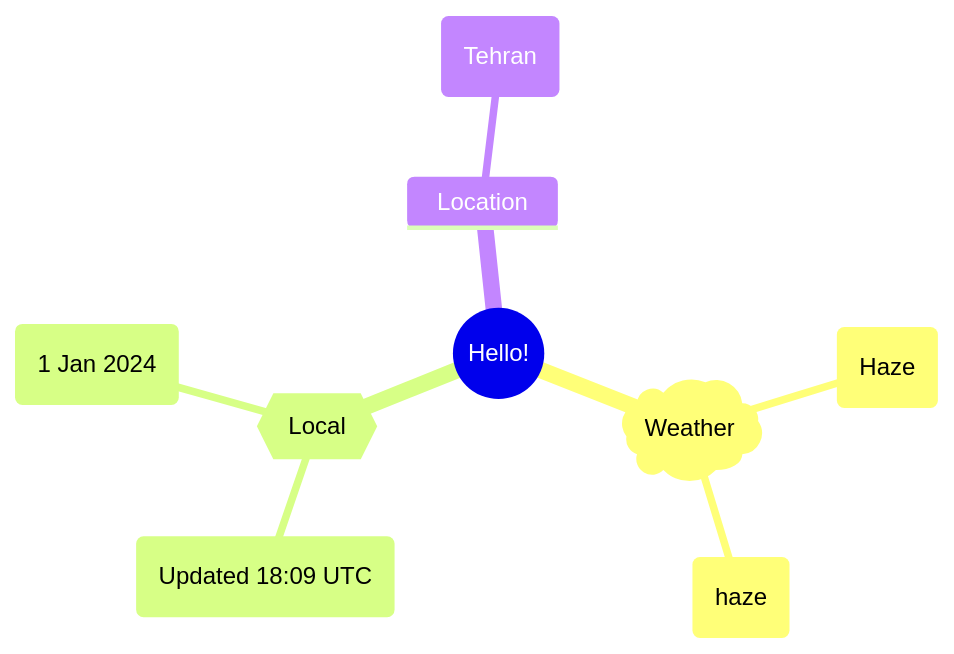
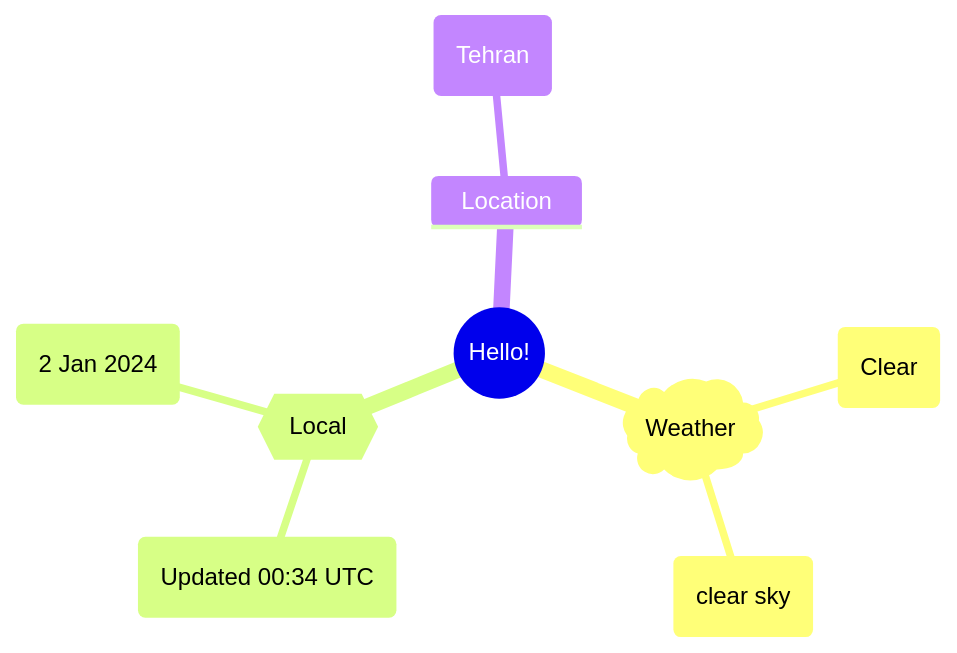
The first of 2 diagrams in README.md (Xosrov/Xosrov), drawn with Mermaid before and after one commit.

Commit message:
[bot] updated images

````diff
--- a/README.md
+++ b/README.md
@@ -3,12 +3,12 @@
 ```mermaid
 mindmap
   root((Hello!))
     )Weather(
-        (Haze)
-        (haze)
+        (Clear)
+        (clear sky)
     {{Local}}
-        (Updated 18:09 UTC)
-        (1 Jan 2024)
+        (Updated 00:34 UTC)
+        (2 Jan 2024)
     Location
         (Tehran)
 ```
````
